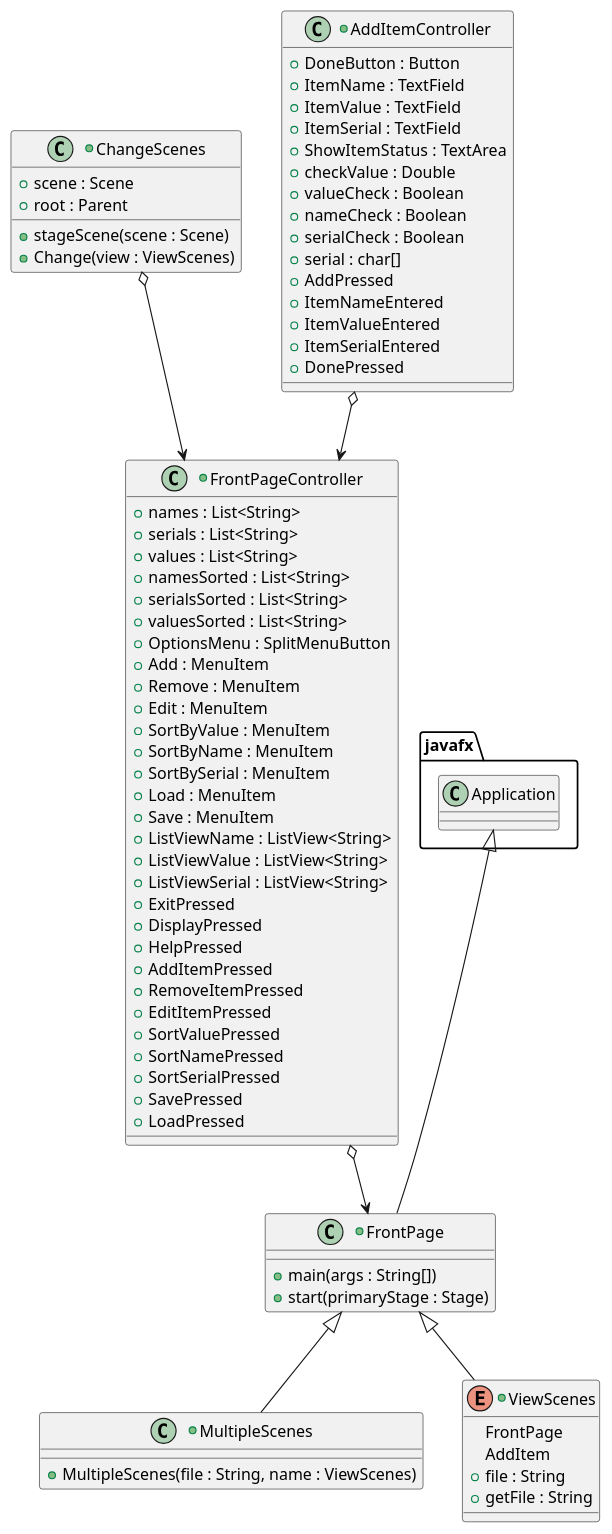
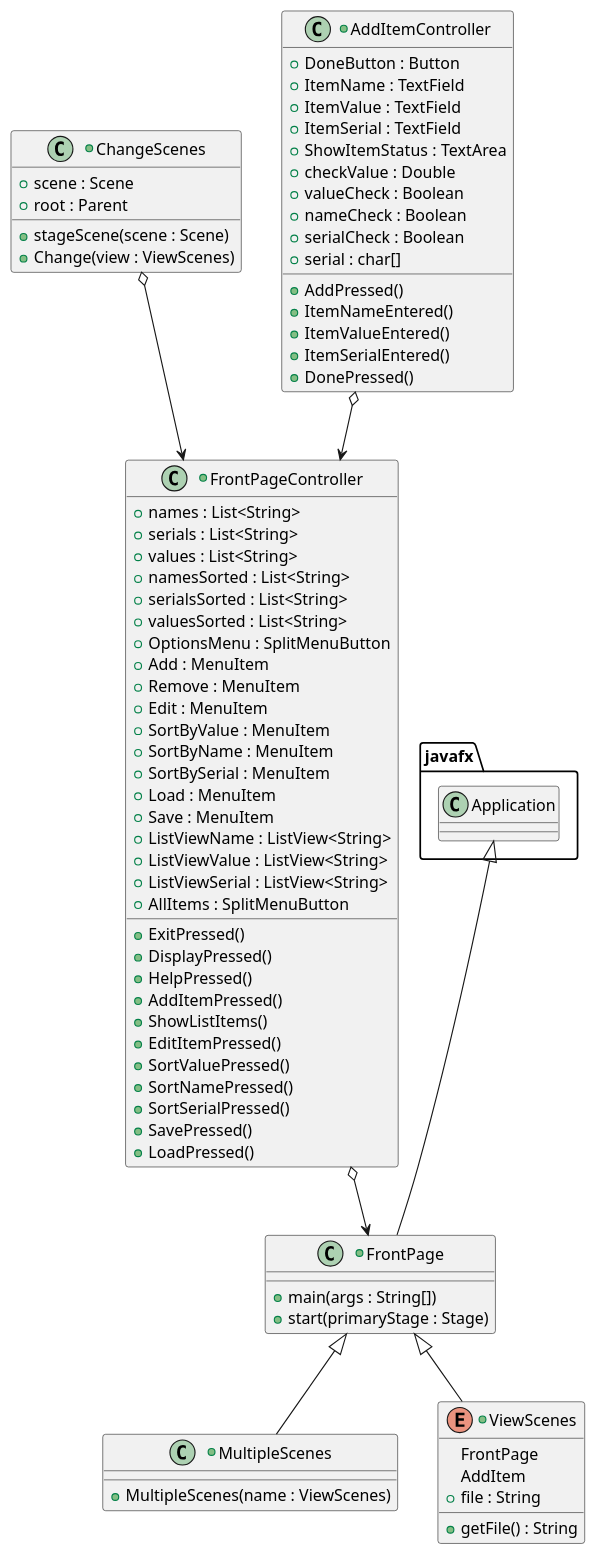
The diagram in UMLFiles/ProjectUML.puml (Elizene9/Database-Application), drawn with PlantUML before and after one commit. The commit also changed 4 other files, not shown here.

Commit message:
Items can now be deleted upon a click of an item

```diff
--- a/UMLFiles/ProjectUML.puml
+++ b/UMLFiles/ProjectUML.puml
@@ -1,88 +1,89 @@
 @startuml
 'https://plantuml.com/class-diagram
 
 +class FrontPage {
     +main(args : String[])
     +start(primaryStage : Stage)
 
 }
 
 +class FrontPageController {
 
     +names : List<String>
     +serials : List<String>
     +values : List<String>
     +namesSorted : List<String>
     +serialsSorted : List<String>
     +valuesSorted : List<String>
     +OptionsMenu : SplitMenuButton
     +Add : MenuItem
     +Remove : MenuItem
     +Edit : MenuItem
     +SortByValue : MenuItem
     +SortByName : MenuItem
     +SortBySerial : MenuItem
     +Load : MenuItem
     +Save : MenuItem
     +ListViewName : ListView<String>
     +ListViewValue : ListView<String>
     +ListViewSerial : ListView<String>
-    +ExitPressed
-    +DisplayPressed
-    +HelpPressed
-    +AddItemPressed
-    +RemoveItemPressed
-    +EditItemPressed
-    +SortValuePressed
-    +SortNamePressed
-    +SortSerialPressed
-    +SavePressed
-    +LoadPressed
+    +AllItems : SplitMenuButton
+    +ExitPressed()
+    +DisplayPressed()
+    +HelpPressed()
+    +AddItemPressed()
+    +ShowListItems()
+    +EditItemPressed()
+    +SortValuePressed()
+    +SortNamePressed()
+    +SortSerialPressed()
+    +SavePressed()
+    +LoadPressed()
 }
 
 +class MultipleScenes {
-     +MultipleScenes(file : String, name : ViewScenes)
+     +MultipleScenes(name : ViewScenes)
 }
 
 +enum ViewScenes{
     FrontPage
     AddItem
     +file : String
-    +getFile : String
+    +getFile() : String
 }
 
 +class ChangeScenes {
     +scene : Scene
     +root : Parent
     +stageScene(scene : Scene)
     +Change(view : ViewScenes)
 }
 
 +class AddItemController {
 
     +DoneButton : Button
     +ItemName : TextField
     +ItemValue : TextField
     +ItemSerial : TextField
     +ShowItemStatus : TextArea
     +checkValue : Double
     +valueCheck : Boolean
     +nameCheck : Boolean
     +serialCheck : Boolean
     +serial : char[]
-    +AddPressed
-    +ItemNameEntered
-    +ItemValueEntered
-    +ItemSerialEntered
-    +DonePressed
+    +AddPressed()
+    +ItemNameEntered()
+    +ItemValueEntered()
+    +ItemSerialEntered()
+    +DonePressed()
 }
 javafx.Application <|-- FrontPage
 FrontPageController o--> FrontPage
 AddItemController o--> FrontPageController
 FrontPage <|-- MultipleScenes
 ChangeScenes o--> FrontPageController
 FrontPage <|-- ViewScenes
 
 
 
 @enduml
```
